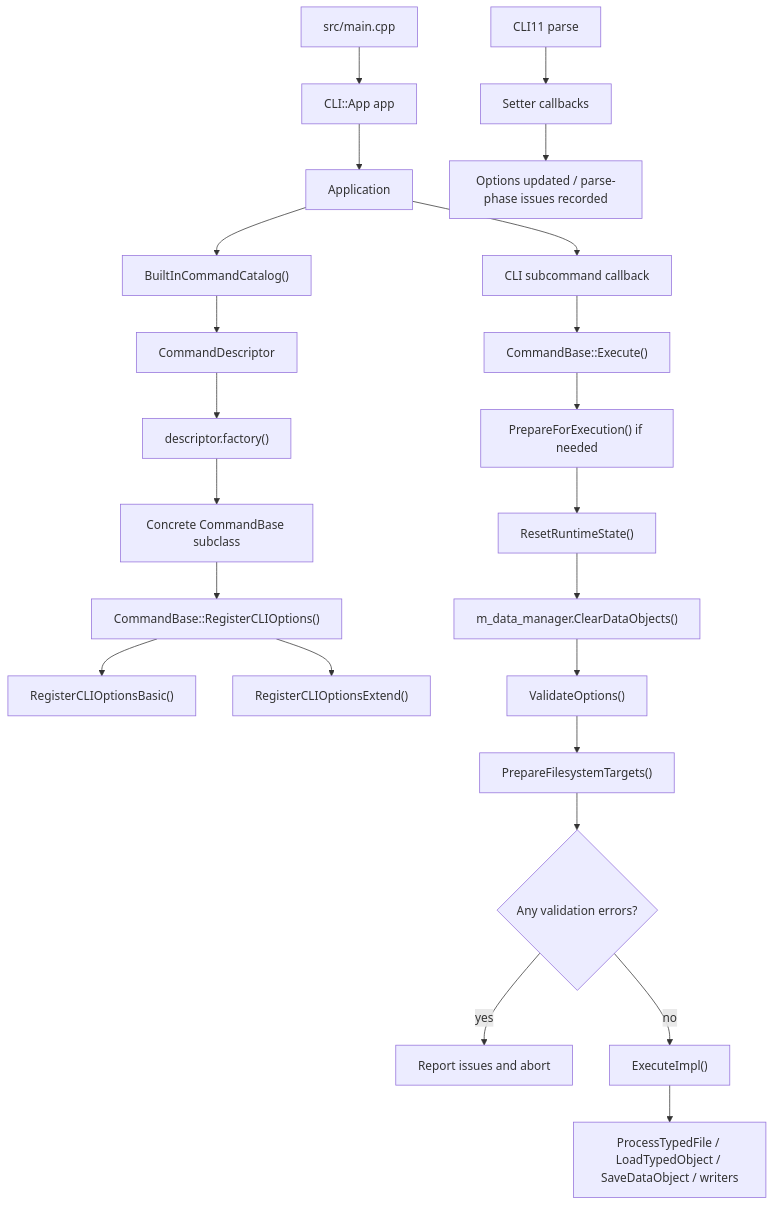
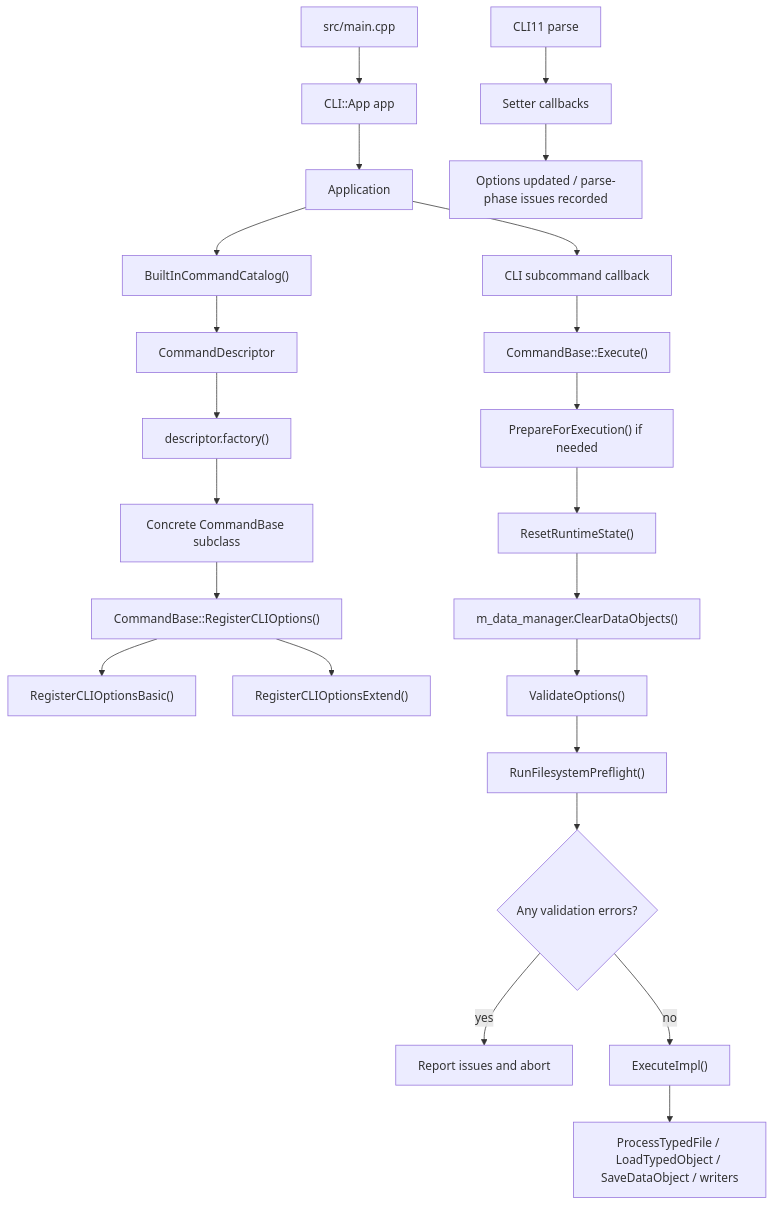
The first of 2 diagrams in docs/developer/architecture/command-architecture.md (yslianTim/rhbm_gem), drawn with Mermaid before and after one commit. The commit also changed other lines of this file and 41 other files, not shown here.

````diff
--- a/docs/developer/architecture/command-architecture.md
+++ b/docs/developer/architecture/command-architecture.md
@@ -31,27 +31,27 @@
 ```mermaid
 flowchart TD
     A["src/main.cpp"] --> B["CLI::App app"]
     B --> C["Application"]
     C --> D["BuiltInCommandCatalog()"]
     D --> E["CommandDescriptor"]
     E --> F["descriptor.factory()"]
     F --> G["Concrete CommandBase subclass"]
     G --> H["CommandBase::RegisterCLIOptions()"]
     H --> I["RegisterCLIOptionsBasic()"]
     H --> J["RegisterCLIOptionsExtend()"]
 
     K["CLI11 parse"] --> L["Setter callbacks"]
     L --> M["Options updated / parse-phase issues recorded"]
 
     C --> N["CLI subcommand callback"]
     N --> O["CommandBase::Execute()"]
     O --> P["PrepareForExecution() if needed"]
     P --> Q["ResetRuntimeState()"]
     Q --> R["m_data_manager.ClearDataObjects()"]
     R --> S["ValidateOptions()"]
-    S --> T["PrepareFilesystemTargets()"]
+    S --> T["RunFilesystemPreflight()"]
     T --> U{"Any validation errors?"}
     U -- yes --> V["Report issues and abort"]
     U -- no --> W["ExecuteImpl()"]
     W --> X["ProcessTypedFile / LoadTypedObject / SaveDataObject / writers"]
 ```
````
